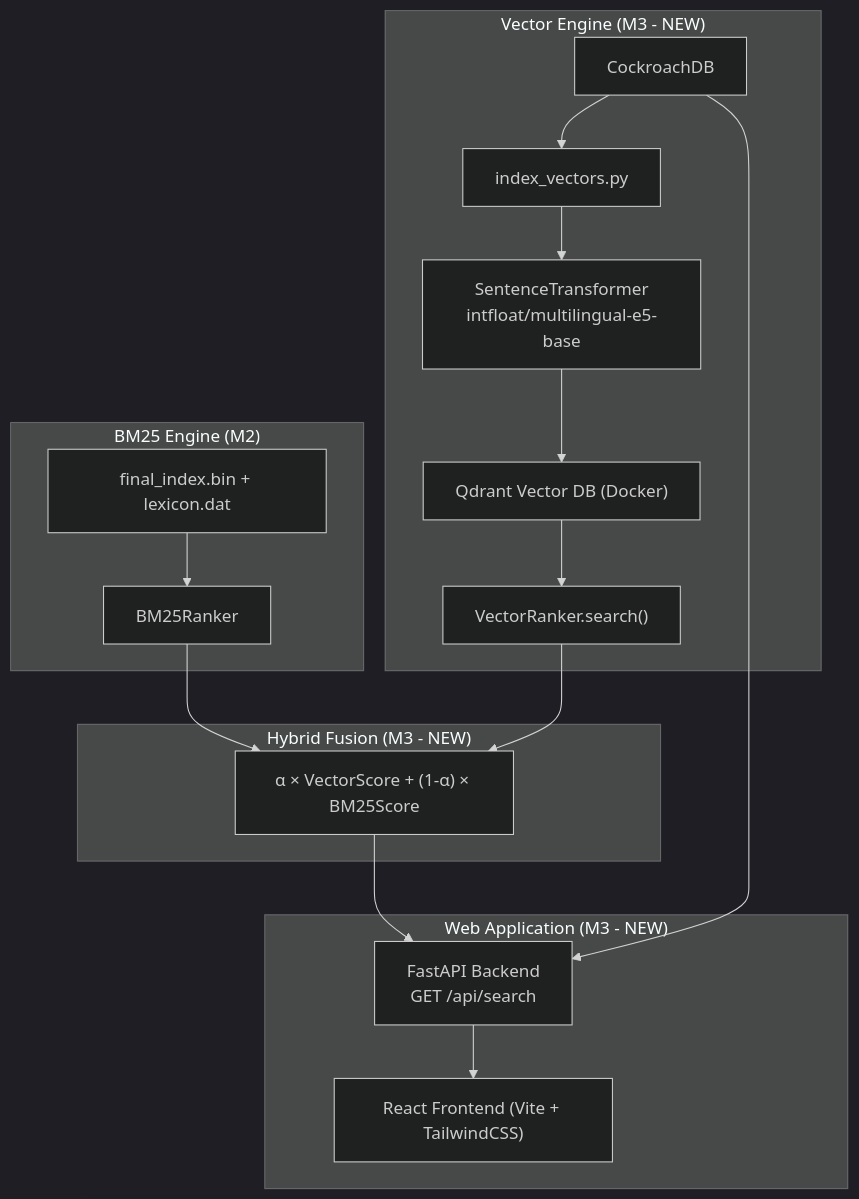
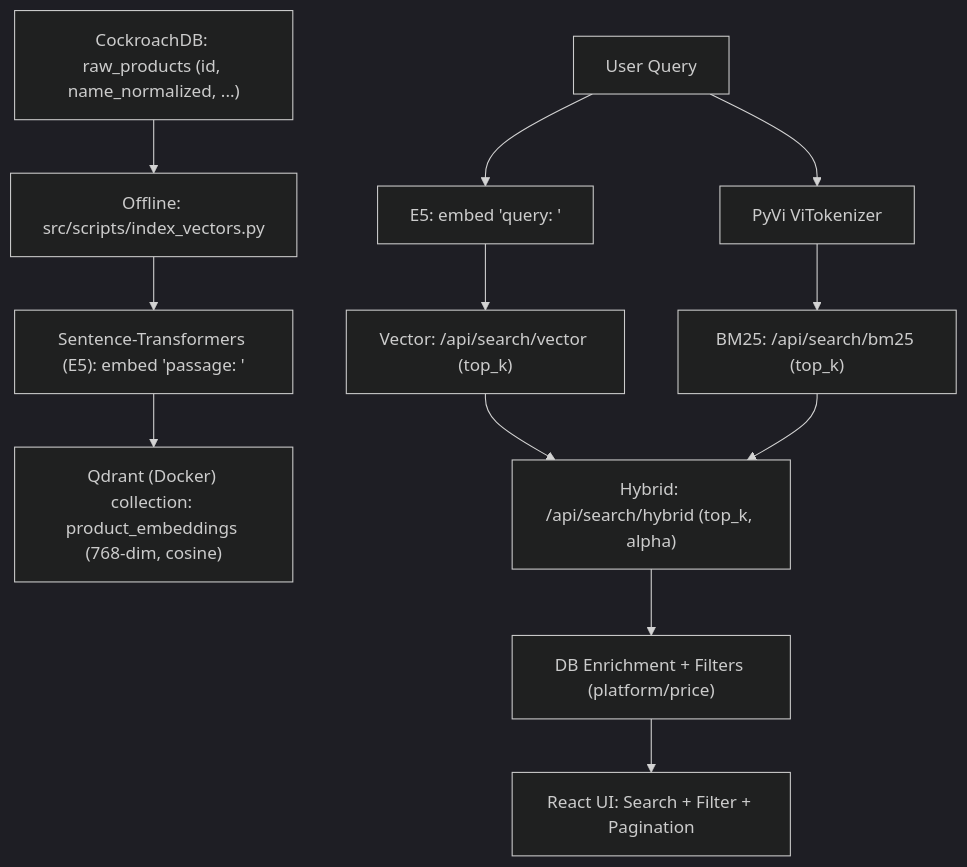
Before and after one commit to nhatlong28/SEG301: the diagram in reports/REPORT_MILESTONE_3.md, drawn with Mermaid (dark theme). The commit also changed other lines of this file, not shown here.

````diff
--- a/reports/REPORT_MILESTONE_3.md
+++ b/reports/REPORT_MILESTONE_3.md
@@ -10,24 +21,17 @@
 ```mermaid
 graph TD
-    subgraph "BM25 Engine (M2)"
-        IDX["final_index.bin + lexicon.dat"] --> BM25["BM25Ranker"]
-    end
+    A["CockroachDB: raw_products (id, name_normalized, ...)"] --> B["Offline: src/scripts/index_vectors.py"]
+    B --> C["Sentence-Transformers (E5): embed 'passage: <name_normalized>'"]
+    C --> D["Qdrant (Docker) collection: product_embeddings (768-dim, cosine)"]
 
-    subgraph "Vector Engine (M3 - NEW)"
-        DB["CockroachDB"] --> VIS["index_vectors.py"]
-        VIS --> EMB["SentenceTransformer<br/>intfloat/multilingual-e5-base"]
-        EMB --> QD["Qdrant Vector DB (Docker)"]
-        QD --> VR["VectorRanker.search()"]
-    end
+    Q["User Query"] --> QE["E5: embed 'query: <query>'"]
+    Q --> QT["PyVi ViTokenizer"]
 
-    subgraph "Hybrid Fusion (M3 - NEW)"
-        BM25 --> HY["α × VectorScore + (1-α) × BM25Score"]
-        VR --> HY
-    end
+    QT --> BM["BM25: /api/search/bm25 (top_k)"]
+    QE --> VS["Vector: /api/search/vector (top_k)"]
 
-    subgraph "Web Application (M3 - NEW)"
-        HY --> API["FastAPI Backend<br/>GET /api/search"]
-        DB --> API
-        API --> FE["React Frontend (Vite + TailwindCSS)"]
-    end
+    VS --> HY["Hybrid: /api/search/hybrid (top_k, alpha)"]
+    BM --> HY
+    HY --> DB["DB Enrichment + Filters (platform/price)"]
+    DB --> UI["React UI: Search + Filter + Pagination"]
 ```
````
